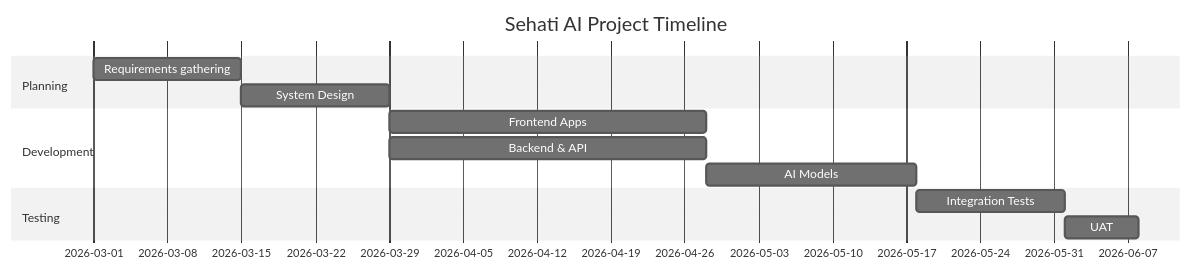
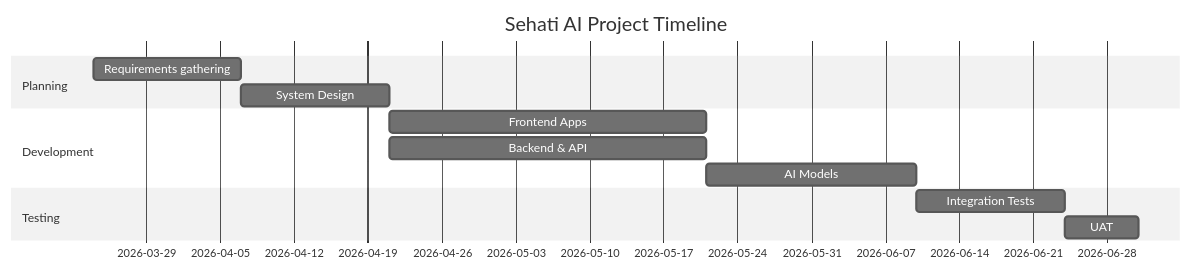
One commit to AyaMagdy27/Mastar_FINAL_PROJECT changed the diagram in sehati-ai-5/README.md. Above: the diagram before and after it, drawn with Mermaid (neutral theme).

Commit message:
Update requirements gathering date in README

````diff
--- a/sehati-ai-5/README.md
+++ b/sehati-ai-5/README.md
@@ -112,15 +112,15 @@
 ```mermaid
 gantt
     title Sehati AI Project Timeline
     dateFormat  YYYY-MM-DD
     section Planning
-    Requirements gathering :a1, 2026-03-01, 14d
+    Requirements gathering :a1, 2026-03-24, 14d
     System Design      :a2, after a1, 14d
     section Development
     Frontend Apps      :a3, after a2, 30d
     Backend & API      :a4, after a2, 30d
     AI Models          :a5, after a4, 20d
     section Testing
     Integration Tests  :a6, after a5, 14d
     UAT                :a7, after a6, 7d
 ```
````
